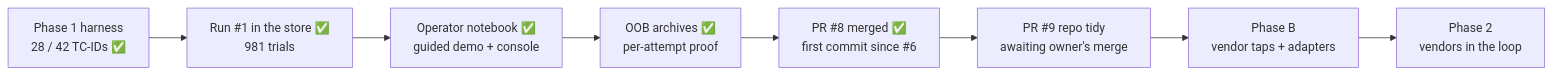
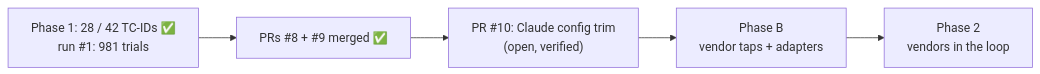
One commit to hackershmave1/guardrail-eval changed the diagram in STATUS.md. Above: the diagram before and after it, drawn with Mermaid. The commit also changed other lines of this file, not shown here.

Commit message:
STATUS: fresh snapshot with PR #10 open

````diff
--- a/STATUS.md
+++ b/STATUS.md
@@ -7,10 +6,7 @@
 ```mermaid
 flowchart LR
-    A["Phase 1 harness<br/>28 / 42 TC-IDs ✅"] --> B["Run #1 in the store ✅<br/>981 trials"]
-    B --> C["Operator notebook ✅<br/>guided demo + console"]
-    C --> D["OOB archives ✅<br/>per-attempt proof"]
-    D --> P["PR #8 merged ✅<br/>first commit since #6"]
-    P --> T["PR #9 repo tidy<br/>awaiting owner's merge"]
-    T --> F["Phase B<br/>vendor taps + adapters"]
-    F --> G["Phase 2<br/>vendors in the loop"]
+    A["Phase 1: 28 / 42 TC-IDs ✅<br/>run #1: 981 trials"] --> B["PRs #8 + #9 merged ✅"]
+    B --> C["PR #10: Claude config trim<br/>(open, verified)"]
+    C --> D["Phase B<br/>vendor taps + adapters"]
+    D --> E["Phase 2<br/>vendors in the loop"]
 ```
````
